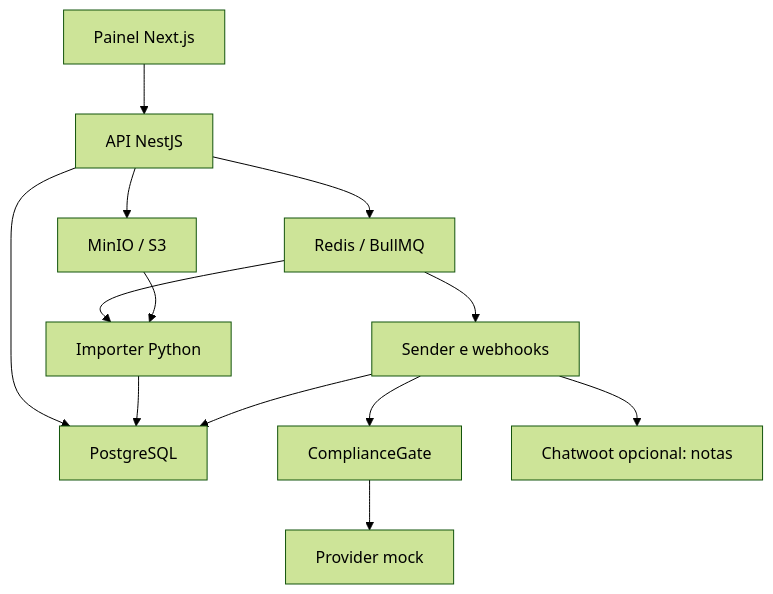
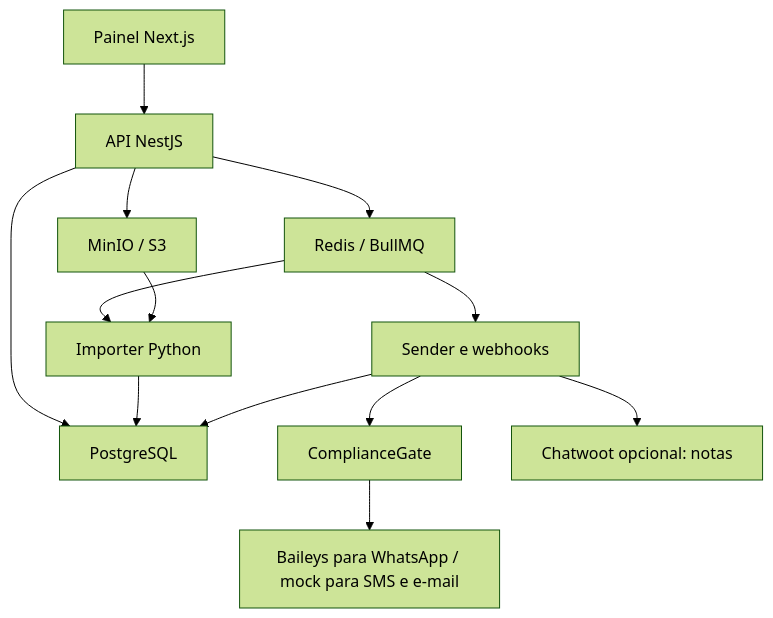
One commit to Nicolas-Assis-F/nexacred changed the diagram in README.md. Above: the diagram before and after it, drawn with Mermaid (forest theme). The commit also changed other lines of this file and 41 other files, not shown here.

First line of the commit message:
feat: implement WhatsApp event ingestion and dispatch logic

````diff
--- a/README.md
+++ b/README.md
@@ -55,15 +55,15 @@
 ```mermaid
 flowchart TD
   Web["Painel Next.js"] --> API["API NestJS"]
   API --> DB["PostgreSQL"]
   API --> S3["MinIO / S3"]
   API --> Queue["Redis / BullMQ"]
   Queue --> Importer["Importer Python"]
   S3 --> Importer
   Importer --> DB
   Queue --> Sender["Sender e webhooks"]
   Sender --> Gate["ComplianceGate"]
-  Gate --> Mock["Provider mock"]
+  Gate --> Provider["Baileys para WhatsApp / mock para SMS e e-mail"]
   Sender --> DB
   Sender --> Chatwoot["Chatwoot opcional: notas"]
 ```
````
